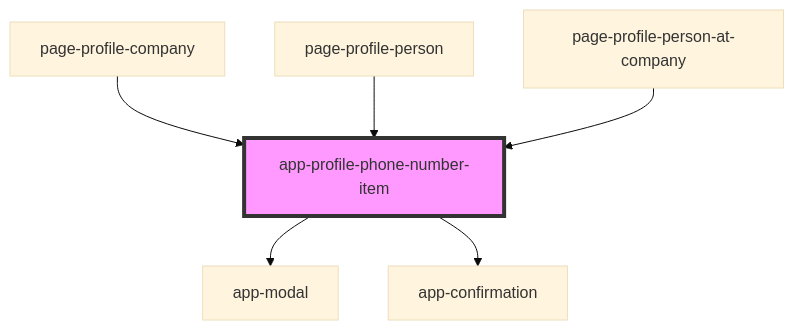
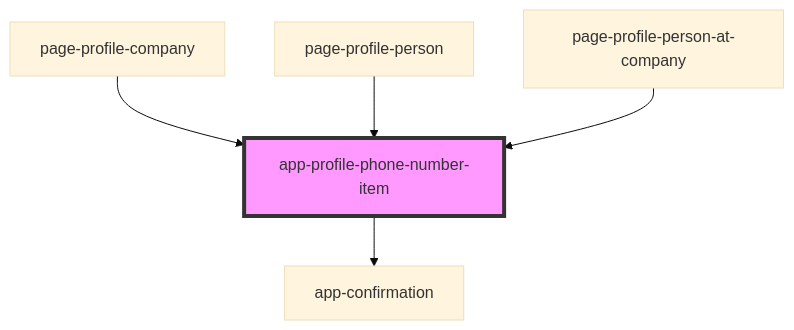
The diagram in iconeventnetwork-web/src/components/app-profile-phone-number-item/readme.md (lokheed/IconEventNetwork.Web), drawn with Mermaid (base theme) before and after one commit. The commit also changed other lines of this file and 23 other files, not shown here.

````diff
--- a/iconeventnetwork-web/src/components/app-profile-phone-number-item/readme.md
+++ b/iconeventnetwork-web/src/components/app-profile-phone-number-item/readme.md
@@ -41,9 +40,8 @@
 ```mermaid
 graph TD;
-  app-profile-phone-number-item --> app-modal
   app-profile-phone-number-item --> app-confirmation
   page-profile-company --> app-profile-phone-number-item
   page-profile-person --> app-profile-phone-number-item
   page-profile-person-at-company --> app-profile-phone-number-item
   style app-profile-phone-number-item fill:#f9f,stroke:#333,stroke-width:4px
 ```
````
